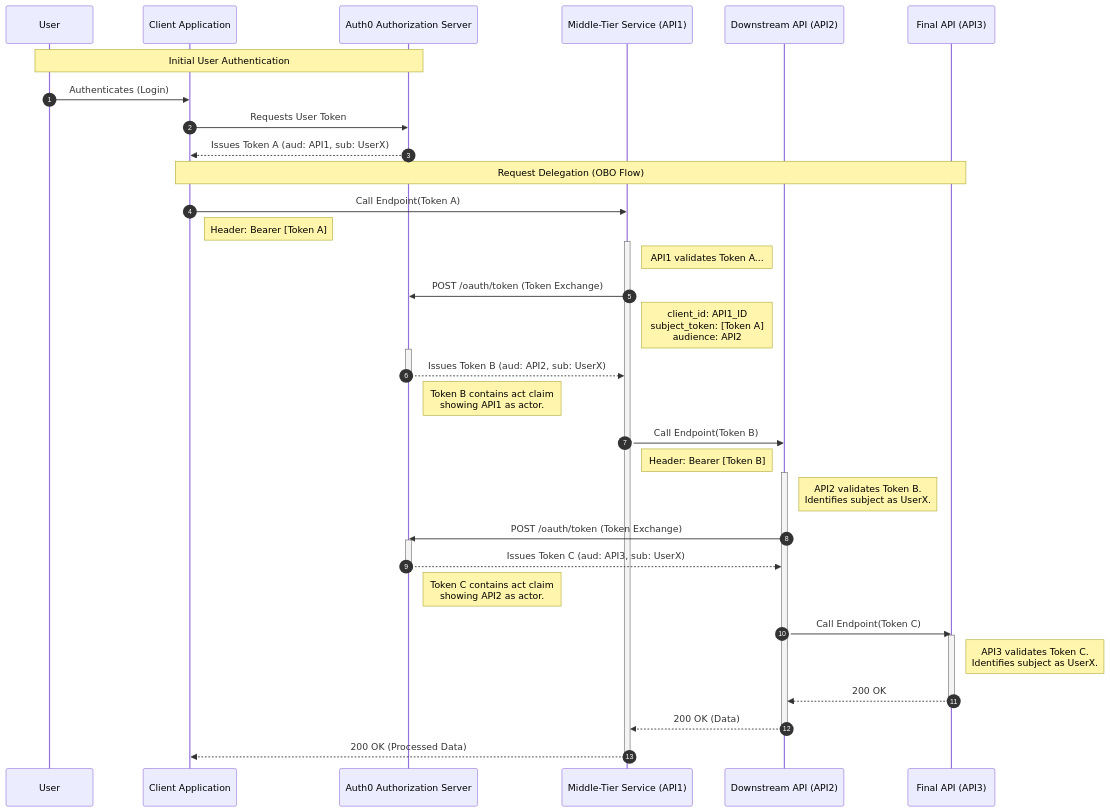
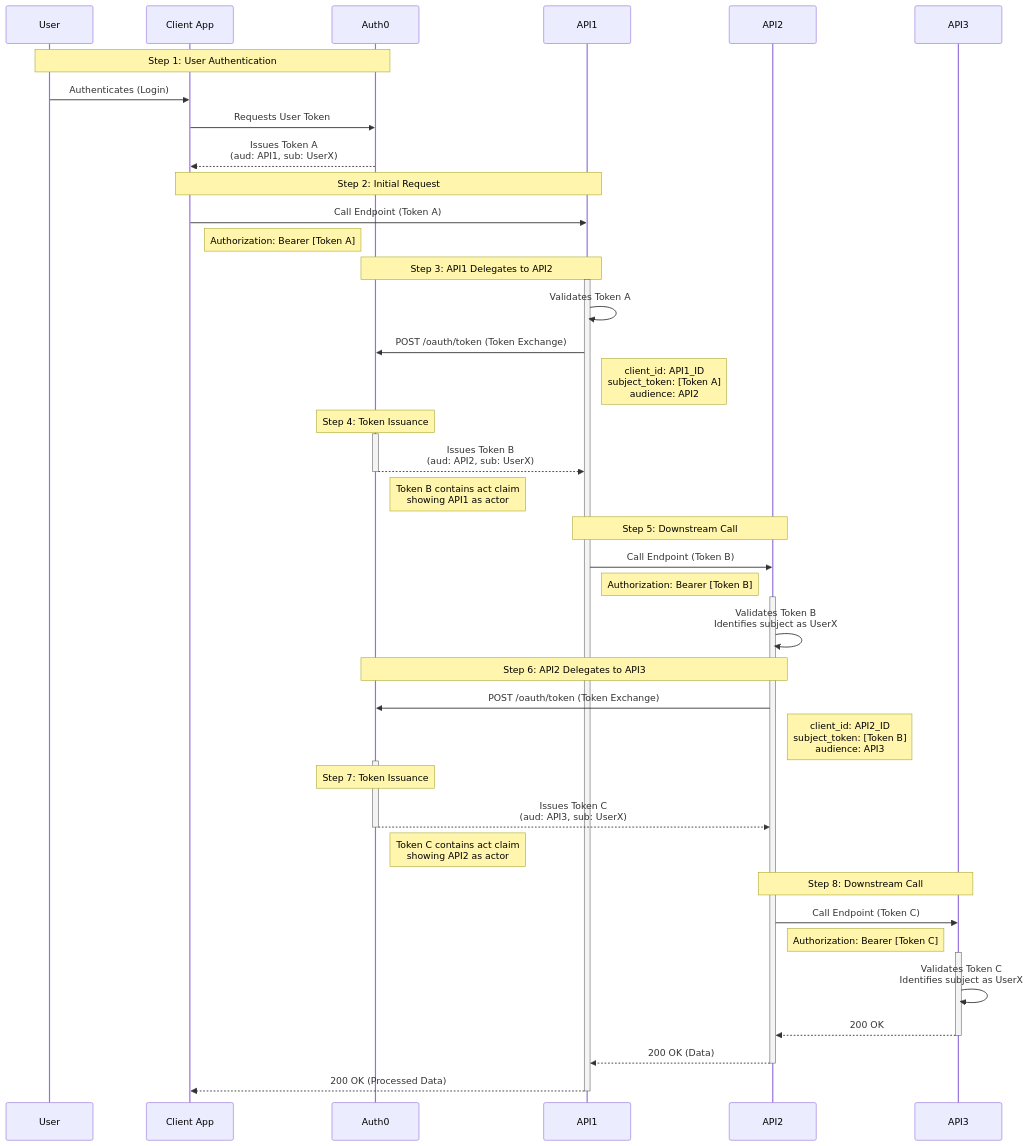
Before and after one commit to auth0/docs-v2: the second of 2 diagrams in main/docs/secure/call-apis-on-users-behalf/on-behalf-of-token-exchange.mdx, drawn with Mermaid. The commit also changed other lines of this file, not shown here.

Commit message:
Updated diagrams to match numbered steps

````diff
--- a/main/docs/secure/call-apis-on-users-behalf/on-behalf-of-token-exchange.mdx
+++ b/main/docs/secure/call-apis-on-users-behalf/on-behalf-of-token-exchange.mdx
@@ -195,59 +191,59 @@
 ```mermaid
 sequenceDiagram
-    autonumber
-    participant U as User
-    participant CA as Client Application
-    participant AS as Auth0 Authorization Server
-    participant API1 as Middle-Tier Service (API1)
-    participant API2 as Downstream API (API2)
-    participant API3 as Final API (API3)
+    participant User
+    participant Client App
+    participant Auth0
+    participant API1
+    participant API2
+    participant API3
 
-    Note over U, AS: Initial User Authentication
-    U->>CA: Authenticates (Login)
-    CA->>AS: Requests User Token
-    AS-->>CA: Issues Token A (aud: API1, sub: UserX)
+    Note over User,Auth0: Step 1: User Authentication
+    User->>Client App: Authenticates (Login)
+    Client App->>Auth0: Requests User Token
+    Auth0-->>Client App: Issues Token A<br/>(aud: API1, sub: UserX)
 
-    Note over CA, API3: Request Delegation (OBO Flow)
+    Note over Client App,API1: Step 2: Initial Request
+    Client App->>API1: Call Endpoint (Token A)
+    Note right of Client App: Authorization: Bearer [Token A]
 
-    %% Step 1: Client calls API1
-    CA->>API1: Call Endpoint(Token A)
-    Note right of CA: Header: Bearer [Token A]
+    Note over API1,Auth0: Step 3: API1 Delegates to API2
+    activate API1
+    API1->>API1: Validates Token A
+    API1->>Auth0: POST /oauth/token (Token Exchange)
+    Note right of API1: client_id: API1_ID<br/>subject_token: [Token A]<br/>audience: API2
 
-    %% Step 2: API1 validates and performs exchange
-    activate API1
-    Note right of API1: API1 validates Token A...
-    API1->>AS: POST /oauth/token (Token Exchange)
-    Note right of API1: client_id: API1_ID<br/>subject_token: [Token A]<br/>audience: API2
-    activate AS
+    Note over Auth0: Step 4: Token Issuance
+    activate Auth0
+    Auth0-->>API1: Issues Token B<br/>(aud: API2, sub: UserX)
+    deactivate Auth0
+    Note right of Auth0: Token B contains act claim<br/>showing API1 as actor
 
-    %% Step 3: Auth0 issues Token B
-    AS-->>API1: Issues Token B (aud: API2, sub: UserX)
-    deactivate AS
-    Note right of AS: Token B contains act claim<br/>showing API1 as actor.
+    Note over API1,API2: Step 5: Downstream Call
+    API1->>API2: Call Endpoint (Token B)
+    Note right of API1: Authorization: Bearer [Token B]
+    activate API2
+    API2->>API2: Validates Token B<br/>Identifies subject as UserX
 
-    %% Step 4: API1 calls API2
-    API1->>API2: Call Endpoint(Token B)
-    Note right of API1: Header: Bearer [Token B]
-    activate API2
-    Note right of API2: API2 validates Token B.<br/>Identifies subject as UserX.
+    Note over API2,Auth0: Step 6: API2 Delegates to API3
+    API2->>Auth0: POST /oauth/token (Token Exchange)
+    Note right of API2: client_id: API2_ID<br/>subject_token: [Token B]<br/>audience: API3
+    activate Auth0
 
-    %% Step 5: API2 performs exchange for API3
-    API2->>AS: POST /oauth/token (Token Exchange)
-    activate AS
-    AS-->>API2: Issues Token C (aud: API3, sub: UserX)
-    deactivate AS
-    Note right of AS: Token C contains act claim<br/>showing API2 as actor.
+    Note over Auth0: Step 7: Token Issuance
+    Auth0-->>API2: Issues Token C<br/>(aud: API3, sub: UserX)
+    deactivate Auth0
+    Note right of Auth0: Token C contains act claim<br/>showing API2 as actor
 
-    %% Step 6: API2 calls API3
-    API2->>API3: Call Endpoint(Token C)
+    Note over API2,API3: Step 8: Downstream Call
+    API2->>API3: Call Endpoint (Token C)
+    Note right of API2: Authorization: Bearer [Token C]
     activate API3
-    Note right of API3: API3 validates Token C.<br/>Identifies subject as UserX.
+    API3->>API3: Validates Token C<br/>Identifies subject as UserX
     API3-->>API2: 200 OK
     deactivate API3
 
-    %% Step 7: Responses back up the chain
     API2-->>API1: 200 OK (Data)
     deactivate API2
-    API1-->>CA: 200 OK (Processed Data)
+    API1-->>Client App: 200 OK (Processed Data)
     deactivate API1
 ```
````
